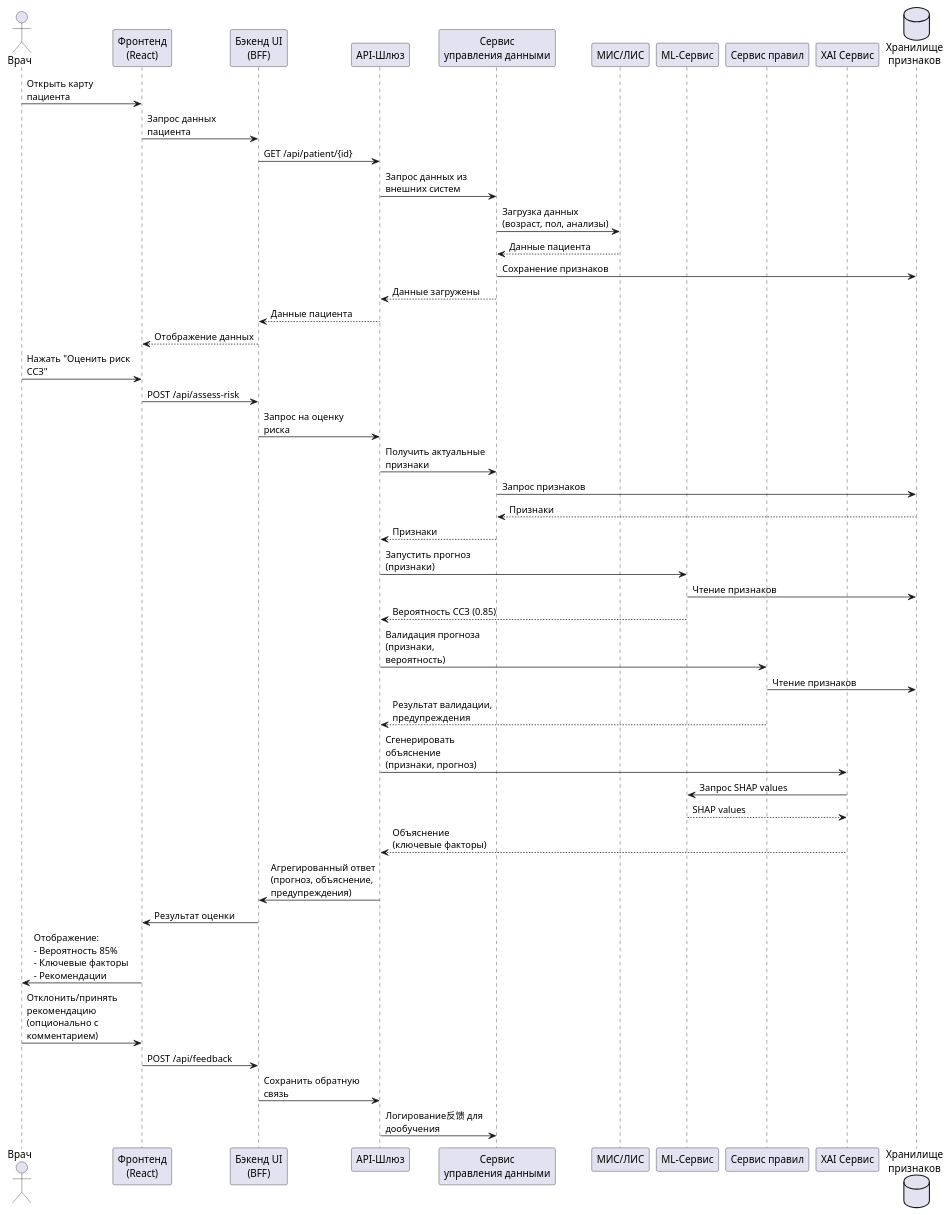
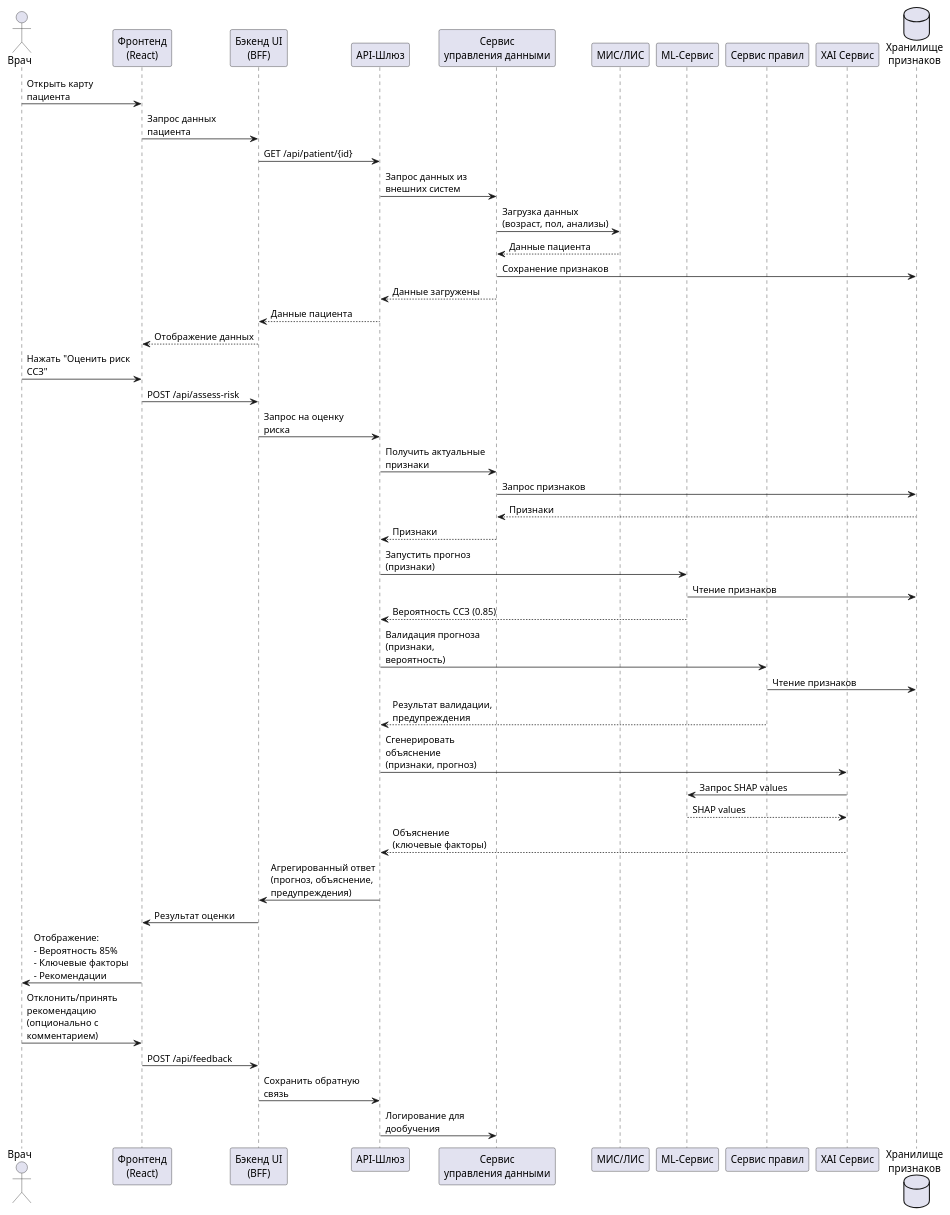
The diagram in labs/2/diagrams/sequence_diagram.plantuml (pentryyy/is-dev-labs), drawn with PlantUML before and after one commit. The commit also changed 3 other files, not shown here.

```diff
--- a/labs/2/diagrams/sequence_diagram.plantuml
+++ b/labs/2/diagrams/sequence_diagram.plantuml
@@ -1,59 +1,59 @@
 @startuml sequence_diagram
 
 skinparam maxMessageSize 150
 
 actor "Врач" as Doctor
 participant "Фронтенд\n(React)" as Frontend
 participant "Бэкенд UI\n(BFF)" as BFF
 participant "API-Шлюз" as API
 participant "Сервис\nуправления данными" as Data
 participant "МИС/ЛИС" as External
 participant "ML-Сервис" as ML
 participant "Сервис правил" as Rules
 participant "XAI Сервис" as XAI
 database "Хранилище\nпризнаков" as FS
 
 Doctor -> Frontend: Открыть карту пациента
 Frontend -> BFF: Запрос данных пациента
 BFF -> API: GET /api/patient/{id}
 API -> Data: Запрос данных из внешних систем
 Data -> External: Загрузка данных (возраст, пол, анализы)
 External --> Data: Данные пациента
 Data -> FS: Сохранение признаков
 Data --> API: Данные загружены
 API --> BFF: Данные пациента
 BFF --> Frontend: Отображение данных
 
 Doctor -> Frontend: Нажать "Оценить риск ССЗ"
 Frontend -> BFF: POST /api/assess-risk
 BFF -> API: Запрос на оценку риска
 
 API -> Data: Получить актуальные признаки
 Data -> FS: Запрос признаков
 FS --> Data: Признаки
 Data --> API: Признаки
 
 API -> ML: Запустить прогноз (признаки)
 ML -> FS: Чтение признаков
 ML --> API: Вероятность ССЗ (0.85)
 
 API -> Rules: Валидация прогноза (признаки, вероятность)
 Rules -> FS: Чтение признаков
 Rules --> API: Результат валидации, предупреждения
 
 API -> XAI: Сгенерировать объяснение (признаки, прогноз)
 XAI -> ML: Запрос SHAP values
 ML --> XAI: SHAP values
 XAI --> API: Объяснение (ключевые факторы)
 
 API -> BFF: Агрегированный ответ (прогноз, объяснение, предупреждения)
 BFF -> Frontend: Результат оценки
 
 Frontend -> Doctor: Отображение:\n- Вероятность 85%\n- Ключевые факторы\n- Рекомендации
 
 Doctor -> Frontend: Отклонить/принять рекомендацию\n(опционально с комментарием)
 Frontend -> BFF: POST /api/feedback
 BFF -> API: Сохранить обратную связь
-API -> Data: Логирование反馈 для дообучения
+API -> Data: Логирование для дообучения
 
 @enduml
```
